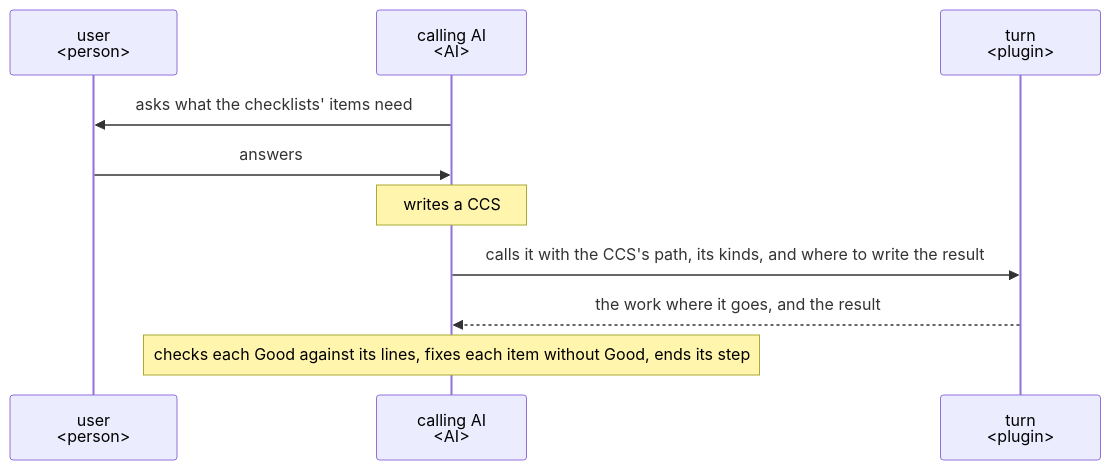
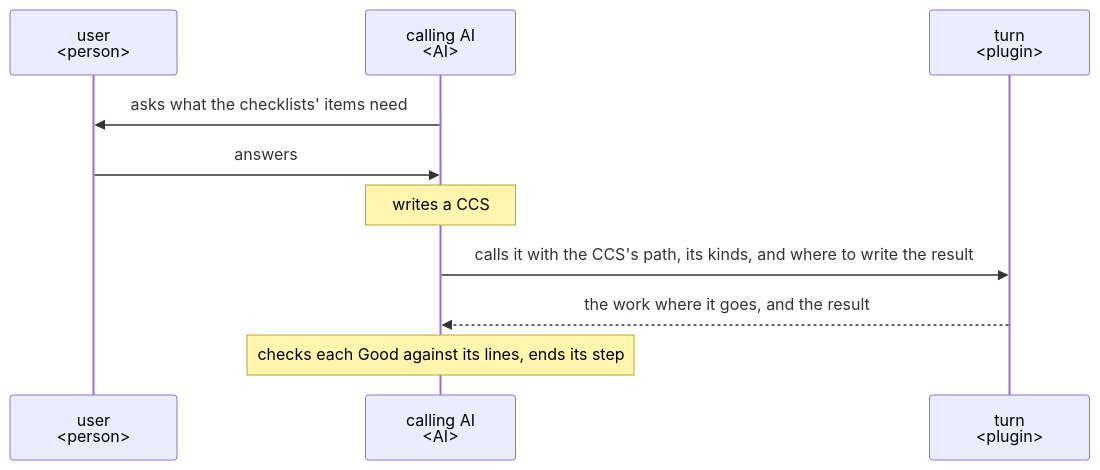
Before and after one commit to lovaizu/ccpm: the first of 4 diagrams in dev/turn/ux.md, drawn with Mermaid. The commit also changed other lines of this file and 7 other files, not shown here.

````diff
--- a/dev/turn/ux.md
+++ b/dev/turn/ux.md
@@ -39,12 +39,12 @@
 ```mermaid
 sequenceDiagram
   participant U as user<br/>#lt;person#gt;
   participant C as calling AI<br/>#lt;AI#gt;
   participant T as turn<br/>#lt;plugin#gt;
   C->>U: asks what the checklists' items need
   U->>C: answers
   Note over C: writes a CCS
   C->>T: calls it with the CCS's path, its kinds, and where to write the result
   T-->>C: the work where it goes, and the result
-  Note over C: checks each Good against its lines, fixes each item without Good, ends its step
+  Note over C: checks each Good against its lines, ends its step
 ```
````
